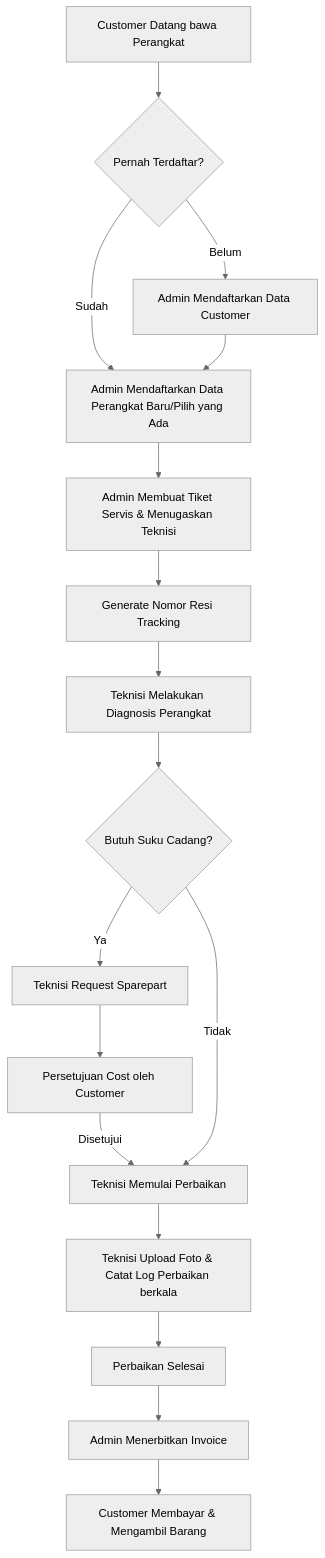
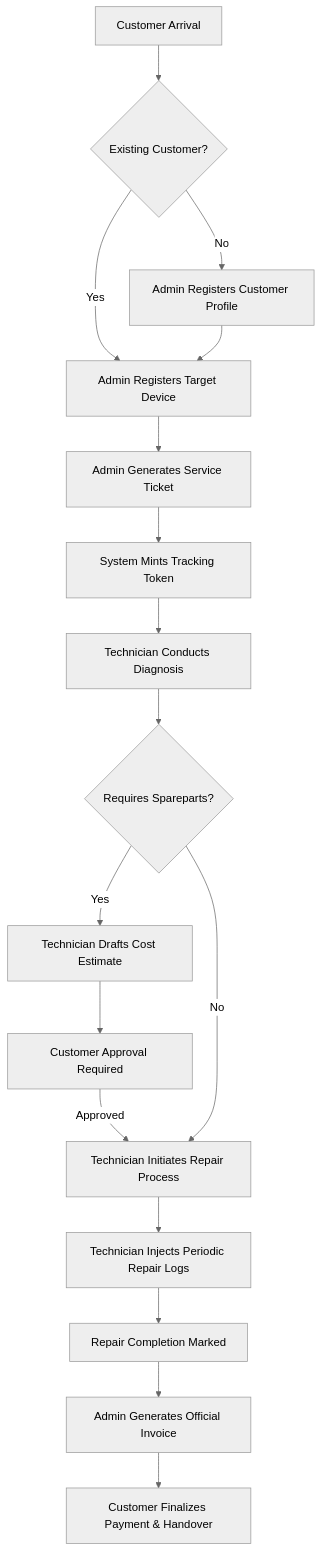
Before and after one commit to halfthew0rldaway/serv.io: the second of 2 diagrams in README.md, drawn with Mermaid (neutral theme). The commit also changed other lines of this file and 3 other files, not shown here.

````diff
--- a/README.md
+++ b/README.md
@@ -130,21 +169,21 @@
 ```mermaid
 flowchart TD
-    A[Customer Datang bawa Perangkat] --> B{Pernah Terdaftar?};
-    B -- Belum --> C[Admin Mendaftarkan Data Customer];
-    B -- Sudah --> D[Admin Mendaftarkan Data Perangkat Baru/Pilih yang Ada];
+    A[Customer Arrival] --> B{Existing Customer?};
+    B -- No --> C[Admin Registers Customer Profile];
+    B -- Yes --> D[Admin Registers Target Device];
     C --> D;
-    D --> E[Admin Membuat Tiket Servis & Menugaskan Teknisi];
-    E --> F[Generate Nomor Resi Tracking];
+    D --> E[Admin Generates Service Ticket];
+    E --> F[System Mints Tracking Token];
     
-    F --> G[Teknisi Melakukan Diagnosis Perangkat];
-    G --> H{Butuh Suku Cadang?};
-    H -- Ya --> I[Teknisi Request Sparepart];
-    I --> J[Persetujuan Cost oleh Customer];
-    J -- Disetujui --> K;
-    H -- Tidak --> K[Teknisi Memulai Perbaikan];
+    F --> G[Technician Conducts Diagnosis];
+    G --> H{Requires Spareparts?};
+    H -- Yes --> I[Technician Drafts Cost Estimate];
+    I --> J[Customer Approval Required];
+    J -- Approved --> K;
+    H -- No --> K[Technician Initiates Repair Process];
     
-    K --> L[Teknisi Upload Foto & Catat Log Perbaikan berkala];
-    L --> M[Perbaikan Selesai];
-    M --> N[Admin Menerbitkan Invoice];
-    N --> O[Customer Membayar & Mengambil Barang];
+    K --> L[Technician Injects Periodic Repair Logs];
+    L --> M[Repair Completion Marked];
+    M --> N[Admin Generates Official Invoice];
+    N --> O[Customer Finalizes Payment & Handover];
 ```
````
